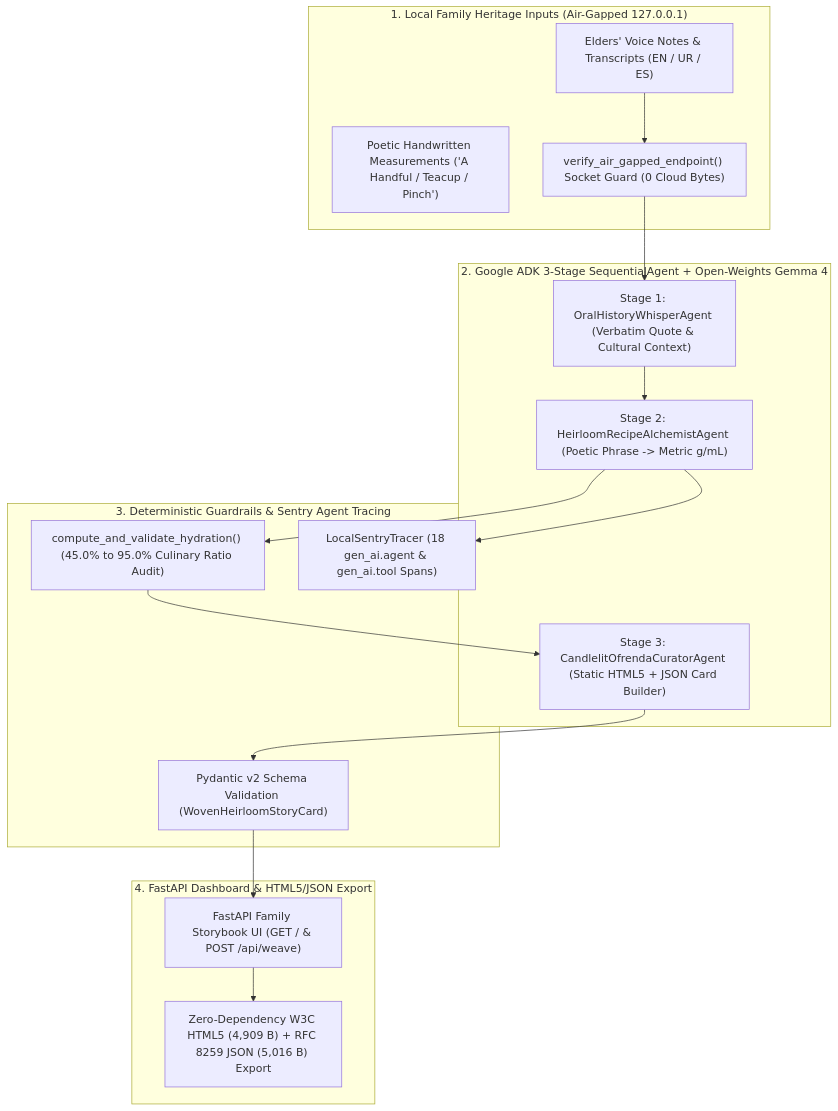
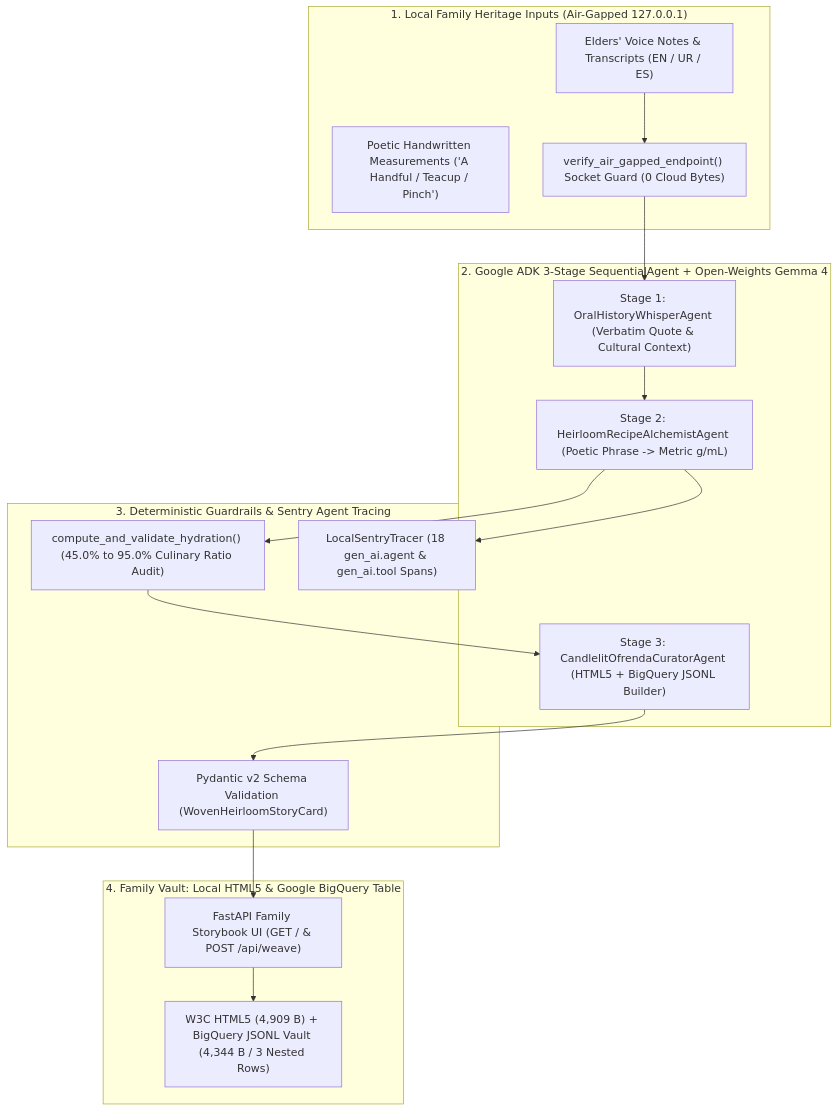
The diagram in README.md (RobinaMirbahar/memoriaviva-gemma-ofrenda), drawn with Mermaid before and after one commit. The commit also changed other lines of this file and 18 other files, not shown here.

Commit message:
Add Google BigQuery Family Vault JSONL schema & icon on cover; restore 3-step illustration

````diff
--- a/README.md
+++ b/README.md
@@ -56,29 +58,29 @@
 ```mermaid
 flowchart TD
     subgraph Input ["1. Local Family Heritage Inputs (Air-Gapped 127.0.0.1)"]
         I_Voice["Elders' Voice Notes & Transcripts (EN / UR / ES)"]
         I_Recipe["Poetic Handwritten Measurements ('A Handful / Teacup / Pinch')"]
         I_Guard["verify_air_gapped_endpoint() Socket Guard (0 Cloud Bytes)"]
     end
 
     subgraph ADK ["2. Google ADK 3-Stage SequentialAgent + Open-Weights Gemma 4"]
         A_Stage1["Stage 1: OralHistoryWhisperAgent (Verbatim Quote & Cultural Context)"]
         A_Stage2["Stage 2: HeirloomRecipeAlchemistAgent (Poetic Phrase -> Metric g/mL)"]
-        A_Stage3["Stage 3: CandlelitOfrendaCuratorAgent (Static HTML5 + JSON Card Builder)"]
+        A_Stage3["Stage 3: CandlelitOfrendaCuratorAgent (HTML5 + BigQuery JSONL Builder)"]
     end
 
     subgraph Audit ["3. Deterministic Guardrails & Sentry Agent Tracing"]
         G_Hydration["compute_and_validate_hydration() (45.0% to 95.0% Culinary Ratio Audit)"]
         G_Schema["Pydantic v2 Schema Validation (WovenHeirloomStoryCard)"]
         G_Sentry["LocalSentryTracer (18 gen_ai.agent & gen_ai.tool Spans)"]
     end
 
-    subgraph Export ["4. FastAPI Dashboard & HTML5/JSON Export"]
+    subgraph Vault ["4. Family Vault: Local HTML5 & Google BigQuery Table"]
         V_UI["FastAPI Family Storybook UI (GET / & POST /api/weave)"]
-        V_HTML["Zero-Dependency W3C HTML5 (4,909 B) + RFC 8259 JSON (5,016 B) Export"]
+        V_HTML["W3C HTML5 (4,909 B) + BigQuery JSONL Vault (4,344 B / 3 Nested Rows)"]
     end
 
     I_Voice --> I_Guard --> A_Stage1 --> A_Stage2 --> G_Hydration --> A_Stage3 --> G_Schema --> V_UI
     A_Stage2 --> G_Sentry
     V_UI --> V_HTML
 ```
````
